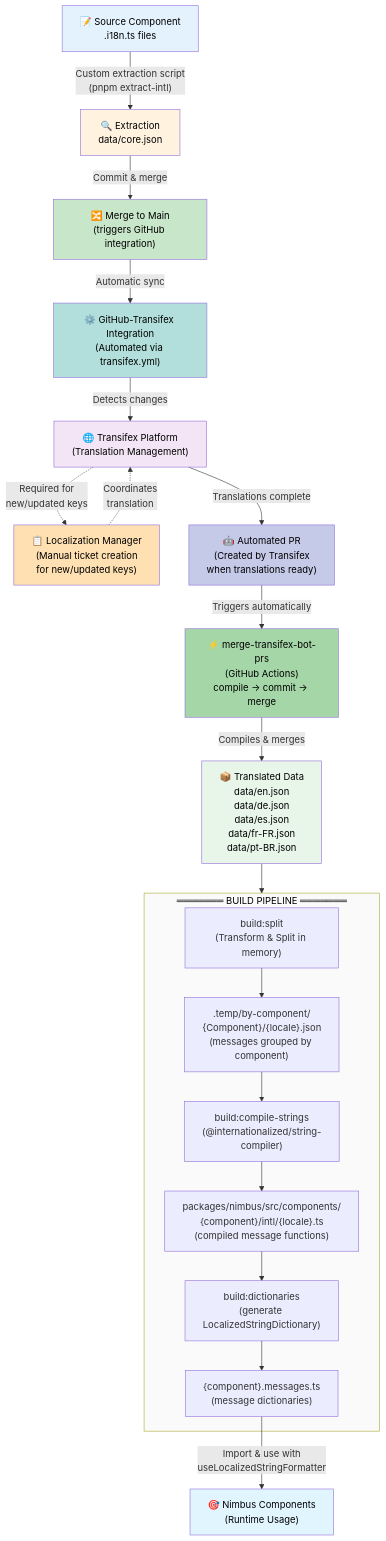
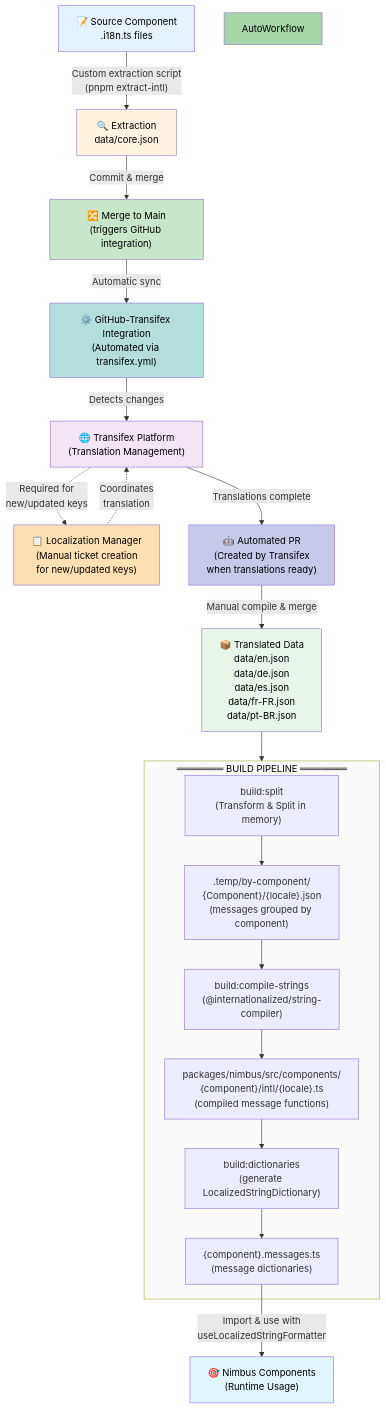
Before and after one commit to commercetools/nimbus: the diagram in packages/i18n/README.md, drawn with Mermaid. The commit also changed other lines of this file and 4 other files, not shown here.

Commit message:
chore(tx): remove merge tx bot workflow (#1444)

````diff
--- a/packages/i18n/README.md
+++ b/packages/i18n/README.md
@@ -313,55 +313,53 @@
 ```mermaid
 flowchart TD
     Start["📝 Source Component<br/>.i18n.ts files"]
     Extract["🔍 Extraction<br/>data/core.json"]
     MergeMain["🔀 Merge to Main<br/>(triggers GitHub integration)"]
     Transifex["🌐 Transifex Platform<br/>(Translation Management)"]
     LocTicket["📋 Localization Manager<br/>(Manual ticket creation<br/>for new/updated keys)"]
     GitHubIntegration["⚙️ GitHub-Transifex Integration<br/>(Automated via transifex.yml)"]
     AutoPR["🤖 Automated PR<br/>(Created by Transifex<br/>when translations ready)"]
-    AutoWorkflow["⚡ merge-transifex-bot-prs<br/>(GitHub Actions)<br/>compile → commit → merge"]
     TranslatedData["📦 Translated Data<br/>data/en.json<br/>data/de.json<br/>data/es.json<br/>data/fr-FR.json<br/>data/pt-BR.json"]
 
     Start -->|"Custom extraction script<br/>(pnpm extract-intl)"| Extract
     Extract -->|"Commit & merge"| MergeMain
     MergeMain -->|"Automatic sync"| GitHubIntegration
     GitHubIntegration -->|"Detects changes"| Transifex
 
     Transifex -.->|"Required for<br/>new/updated keys"| LocTicket
     LocTicket -.->|"Coordinates<br/>translation"| Transifex
 
     Transifex -->|"Translations complete"| AutoPR
-    AutoPR -->|"Triggers automatically"| AutoWorkflow
-    AutoWorkflow -->|"Compiles & merges"| TranslatedData
+    AutoPR -->|"Manual compile & merge"| TranslatedData
 
     TranslatedData --> BuildPipeline
 
     subgraph BuildPipeline["═══════ BUILD PIPELINE ═══════"]
         Split["build:split<br/>(Transform & Split in memory)"]
         TempFiles[".temp/by-component/<br/>{Component}/{locale}.json<br/>(messages grouped by component)"]
         CompileStrings["build:compile-strings<br/>(@internationalized/string-compiler)"]
         IntlFiles["packages/nimbus/src/components/<br/>{component}/intl/{locale}.ts<br/>(compiled message functions)"]
         Dictionaries["build:dictionaries<br/>(generate LocalizedStringDictionary)"]
         MessagesFiles["{component}.messages.ts<br/>(message dictionaries)"]
 
         Split --> TempFiles
         TempFiles --> CompileStrings
         CompileStrings --> IntlFiles
         IntlFiles --> Dictionaries
         Dictionaries --> MessagesFiles
     end
 
     MessagesFiles -->|"Import & use with<br/>useLocalizedStringFormatter"| Runtime["🎯 Nimbus Components<br/>(Runtime Usage)"]
 
     style Start fill:#e3f2fd,color:#000000
     style Extract fill:#fff3e0,color:#000000
     style MergeMain fill:#c8e6c9,color:#000000
     style GitHubIntegration fill:#b2dfdb,color:#000000
     style Transifex fill:#f3e5f5,color:#000000
     style LocTicket fill:#ffe0b2,color:#000000
     style AutoPR fill:#c5cae9,color:#000000
     style AutoWorkflow fill:#a5d6a7,color:#000000
     style TranslatedData fill:#e8f5e9,color:#000000
     style BuildPipeline fill:#fafafa,color:#000000
     style Runtime fill:#e1f5fe,color:#000000
 ```
````
